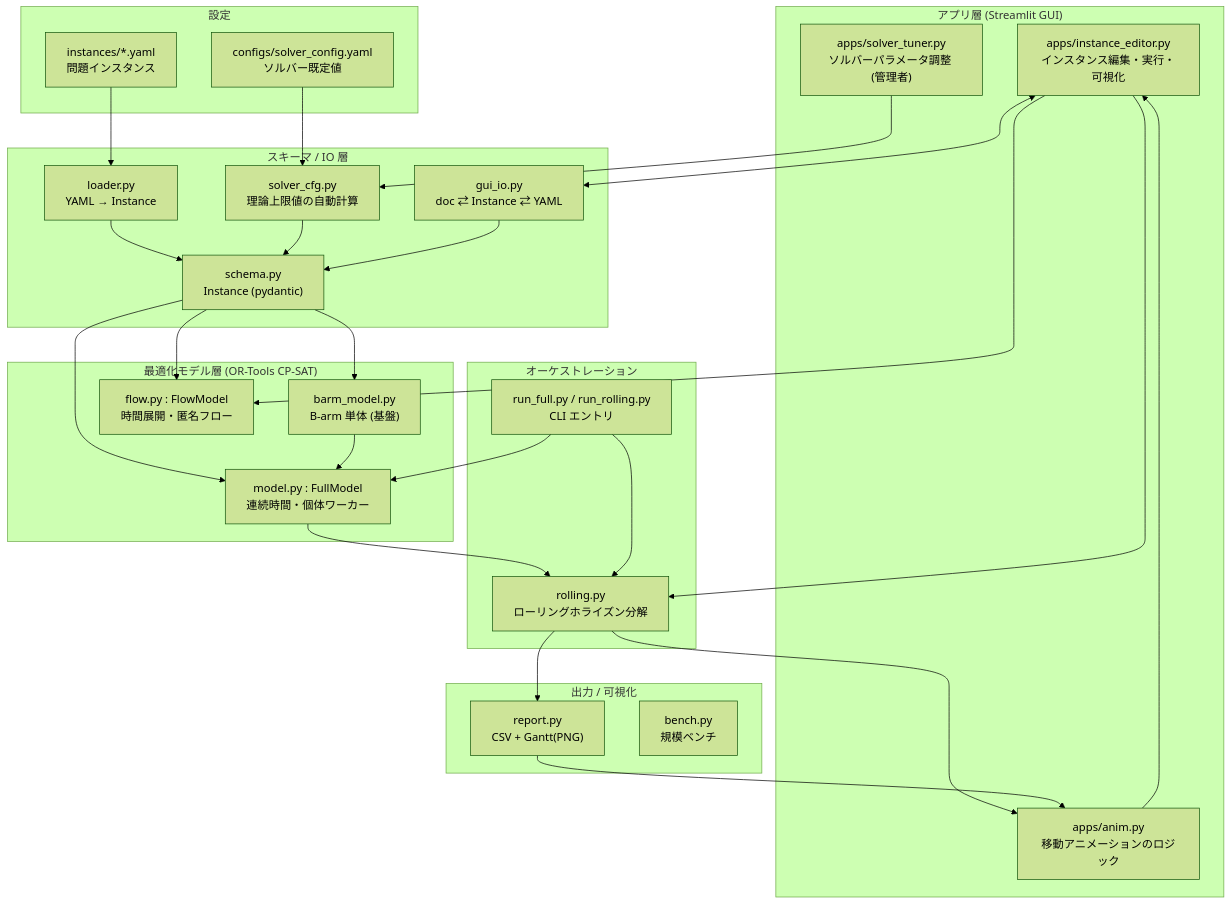
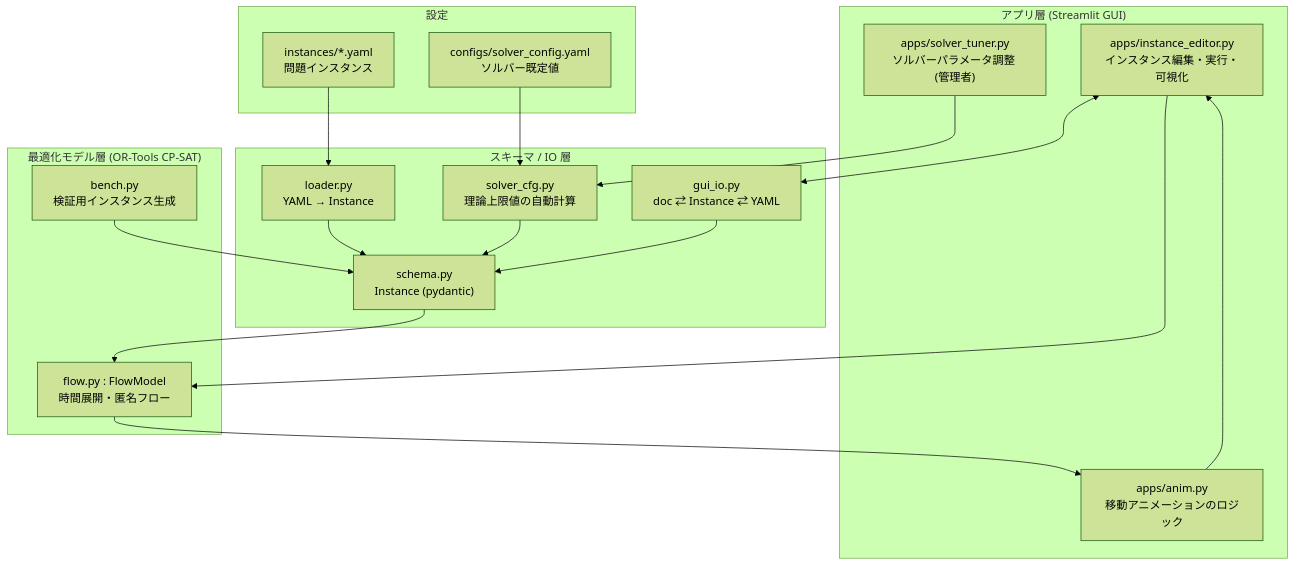
One commit to shun-gits/try changed the second of 5 diagrams in howtouse_and_architecture.md. Above: the diagram before and after it, drawn with Mermaid (forest theme). The commit also changed other lines of this file and 23 other files, not shown here.

````diff
--- a/howtouse_and_architecture.md
+++ b/howtouse_and_architecture.md
@@ -54,50 +54,35 @@
 ```mermaid
 flowchart TB
     subgraph APP["アプリ層 (Streamlit GUI)"]
         IE["apps/instance_editor.py<br/>インスタンス編集・実行・可視化"]
         ST["apps/solver_tuner.py<br/>ソルバーパラメータ調整 (管理者)"]
         AN["apps/anim.py<br/>移動アニメーションのロジック"]
     end
 
     subgraph CFG["設定"]
         SC["configs/solver_config.yaml<br/>ソルバー既定値"]
         INST["instances/*.yaml<br/>問題インスタンス"]
     end
 
     subgraph IO["スキーマ / IO 層"]
         SCH["schema.py<br/>Instance (pydantic)"]
         LD["loader.py<br/>YAML → Instance"]
         GIO["gui_io.py<br/>doc ⇄ Instance ⇄ YAML"]
         SCFG["solver_cfg.py<br/>理論上限値の自動計算"]
     end
 
     subgraph MODEL["最適化モデル層 (OR-Tools CP-SAT)"]
-        BARM["barm_model.py<br/>B-arm 単体 (基盤)"]
-        FULL["model.py : FullModel<br/>連続時間・個体ワーカー"]
         FLOW["flow.py : FlowModel<br/>時間展開・匿名フロー"]
-    end
-
-    subgraph ORCH["オーケストレーション"]
-        ROLL["rolling.py<br/>ローリングホライズン分解"]
-        RF["run_full.py / run_rolling.py<br/>CLI エントリ"]
-    end
-
-    subgraph OUT["出力 / 可視化"]
-        REP["report.py<br/>CSV + Gantt(PNG)"]
-        BN["bench.py<br/>規模ベンチ"]
+        BN["bench.py<br/>検証用インスタンス生成"]
     end
 
     INST --> LD --> SCH
     SC --> SCFG --> SCH
     IE <--> GIO --> SCH
     ST --> SCFG
-    SCH --> BARM & FULL & FLOW
-    BARM --> FULL
-    FULL --> ROLL
-    ROLL --> REP
-    RF --> ROLL & FULL
-    IE --> FLOW & ROLL
-    ROLL --> AN
-    REP --> AN
+    SCH --> FLOW
+    BN --> SCH
+    IE --> FLOW
+    FLOW --> AN
     AN --> IE
 ```
````
